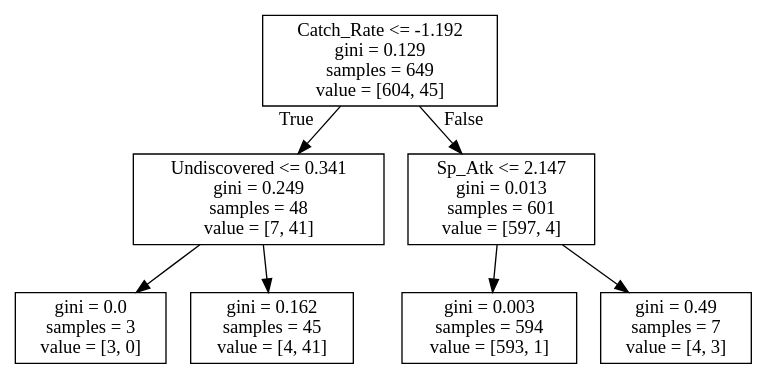
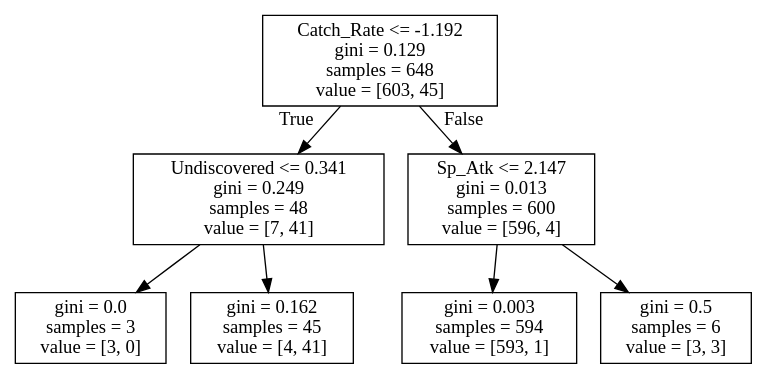
The diagram in Scripts/tree_Legendary.dot (ChristianHinge/Machine), drawn with Graphviz before and after one commit. The commit also changed 13 other files, not shown here.

```diff
--- a/Scripts/tree_Legendary.dot
+++ b/Scripts/tree_Legendary.dot
@@ -1,16 +1,16 @@
 digraph Tree {
 node [shape=box] ;
-0 [label="Catch_Rate <= -1.192\ngini = 0.129\nsamples = 649\nvalue = [604, 45]"] ;
+0 [label="Catch_Rate <= -1.192\ngini = 0.129\nsamples = 648\nvalue = [603, 45]"] ;
 1 [label="Undiscovered <= 0.341\ngini = 0.249\nsamples = 48\nvalue = [7, 41]"] ;
 0 -> 1 [labeldistance=2.5, labelangle=45, headlabel="True"] ;
 2 [label="gini = 0.0\nsamples = 3\nvalue = [3, 0]"] ;
 1 -> 2 ;
 3 [label="gini = 0.162\nsamples = 45\nvalue = [4, 41]"] ;
 1 -> 3 ;
-4 [label="Sp_Atk <= 2.147\ngini = 0.013\nsamples = 601\nvalue = [597, 4]"] ;
+4 [label="Sp_Atk <= 2.147\ngini = 0.013\nsamples = 600\nvalue = [596, 4]"] ;
 0 -> 4 [labeldistance=2.5, labelangle=-45, headlabel="False"] ;
 5 [label="gini = 0.003\nsamples = 594\nvalue = [593, 1]"] ;
 4 -> 5 ;
-6 [label="gini = 0.49\nsamples = 7\nvalue = [4, 3]"] ;
+6 [label="gini = 0.5\nsamples = 6\nvalue = [3, 3]"] ;
 4 -> 6 ;
 }
```
